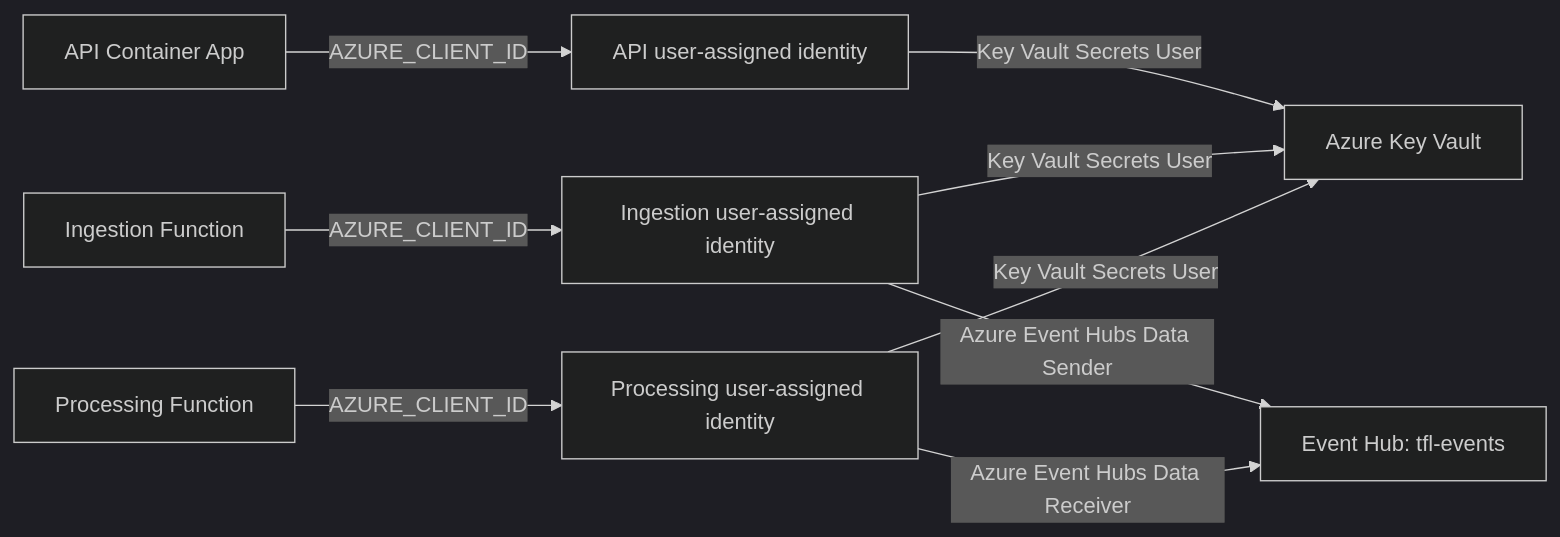
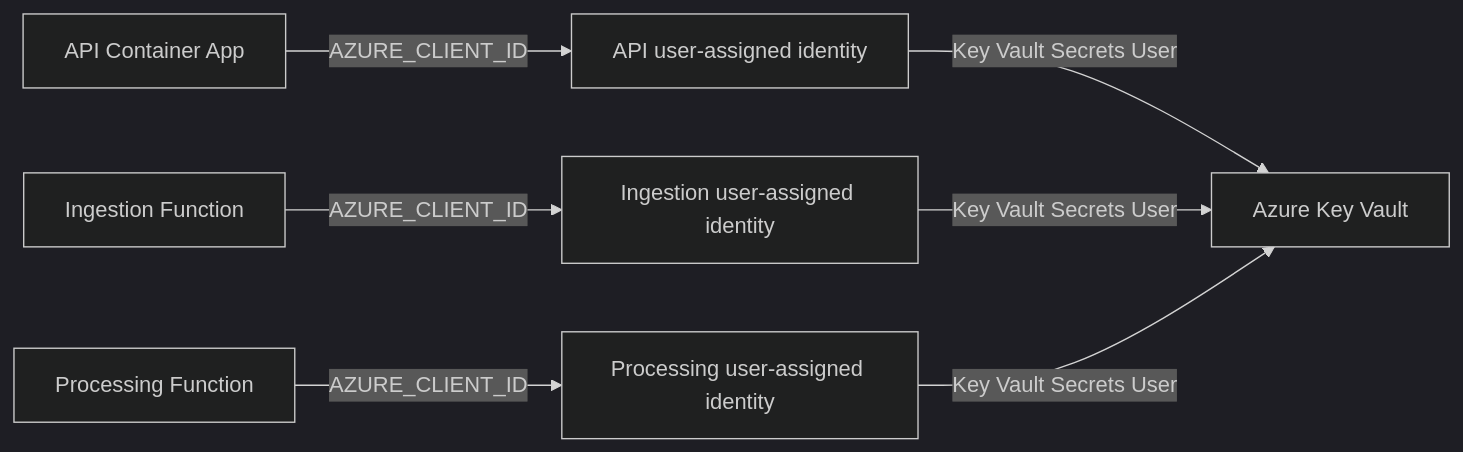
Before and after one commit to sses79/tfl-analytics: the diagram in docs/workload-rbac.md, drawn with Mermaid (dark theme). The commit also changed other lines of this file and 10 other files, not shown here.

First line of the commit message:
Sweep stale Event Hubs / Azure SQL references from docs and smoke scripts

````diff
--- a/docs/workload-rbac.md
+++ b/docs/workload-rbac.md
@@ -28,24 +30,20 @@
 ```mermaid
 flowchart LR
     API[API Container App]
     INGEST[Ingestion Function]
     PROCESS[Processing Function]
 
     API_ID[API user-assigned identity]
     INGEST_ID[Ingestion user-assigned identity]
     PROCESS_ID[Processing user-assigned identity]
 
     KV[Azure Key Vault]
-    HUB[Event Hub: tfl-events]
 
     API -->|AZURE_CLIENT_ID| API_ID
     INGEST -->|AZURE_CLIENT_ID| INGEST_ID
     PROCESS -->|AZURE_CLIENT_ID| PROCESS_ID
 
     API_ID -->|Key Vault Secrets User| KV
     INGEST_ID -->|Key Vault Secrets User| KV
     PROCESS_ID -->|Key Vault Secrets User| KV
-
-    INGEST_ID -->|Azure Event Hubs Data Sender| HUB
-    PROCESS_ID -->|Azure Event Hubs Data Receiver| HUB
 ```
````
